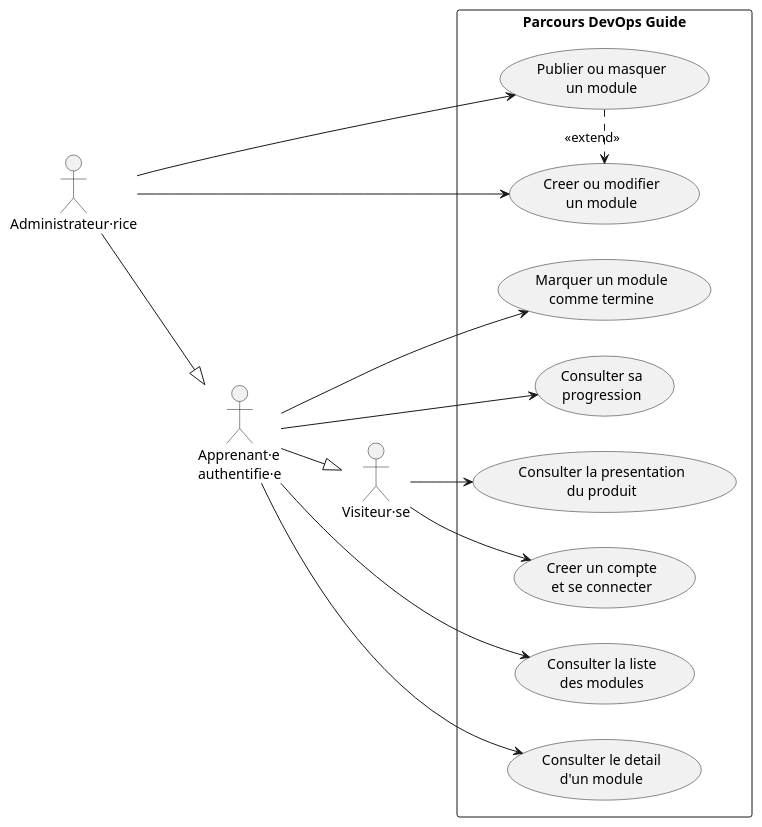
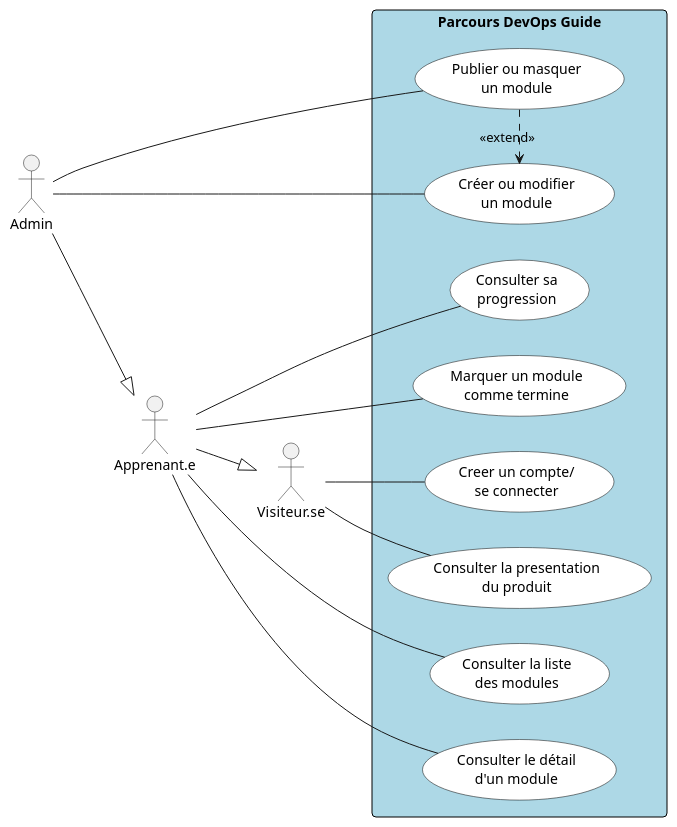
One commit to Khadija-diop/Projet-chef-d-uvre-MicroSaaS changed the diagram in docs/diagrams/use-case.puml. Above: the diagram before and after it, drawn with PlantUML. The commit also changed 21 other files, not shown here.

```diff
--- a/docs/diagrams/use-case.puml
+++ b/docs/diagrams/use-case.puml
@@ -1,36 +1,52 @@
 @startuml
 left to right direction
 skinparam shadowing false
 skinparam packageStyle rectangle
 
-actor "Visiteur·se" as Visitor
-actor "Apprenant·e\nauthentifie·e" as Learner
-actor "Administrateur·rice" as Admin
+skinparam rectangle {
+  BackgroundColor #ADD8E6
+  BorderColor Black
+  RoundCorner 8
+}
+skinparam usecase {
+  BackgroundColor White
+  BorderColor Black
+  FontColor Black
+}
+skinparam actor {
+  FontColor Black
+}
+actor "Admin" as Admin
+actor "Apprenant.e" as Learner
+actor "Visiteur.se" as Visitor
 
 rectangle "Parcours DevOps Guide" {
+  usecase "Publier ou masquer\nun module" as UC8
+  usecase "Créer ou modifier\nun module" as UC7
+
+
+  usecase "Consulter la liste\ndes modules" as UC3
+  usecase "Consulter le détail\nd'un module" as UC4
+  usecase "Consulter sa\nprogression" as UC6
+  usecase "Marquer un module\ncomme termine" as UC5
+
+    usecase "Creer un compte/\nse connecter" as UC2
   usecase "Consulter la presentation\ndu produit" as UC1
-  usecase "Creer un compte\net se connecter" as UC2
-  usecase "Consulter la liste\ndes modules" as UC3
-  usecase "Consulter le detail\nd'un module" as UC4
-  usecase "Marquer un module\ncomme termine" as UC5
-  usecase "Consulter sa\nprogression" as UC6
-  usecase "Creer ou modifier\nun module" as UC7
-  usecase "Publier ou masquer\nun module" as UC8
 }
 
-Visitor --> UC1
-Visitor --> UC2
 
-Learner --> UC3
-Learner --> UC4
-Learner --> UC5
-Learner --> UC6
 
-Admin --> UC7
-Admin --> UC8
+Learner -- UC3
+Learner -- UC4
+Learner -- UC6
+Learner -- UC5
 
+Admin -- UC8
+Admin -- UC7
+Visitor -- UC2
+Visitor -- UC1
 Learner --|> Visitor
 Admin --|> Learner
 
 UC8 .> UC7 : <<extend>>
 @enduml
```
